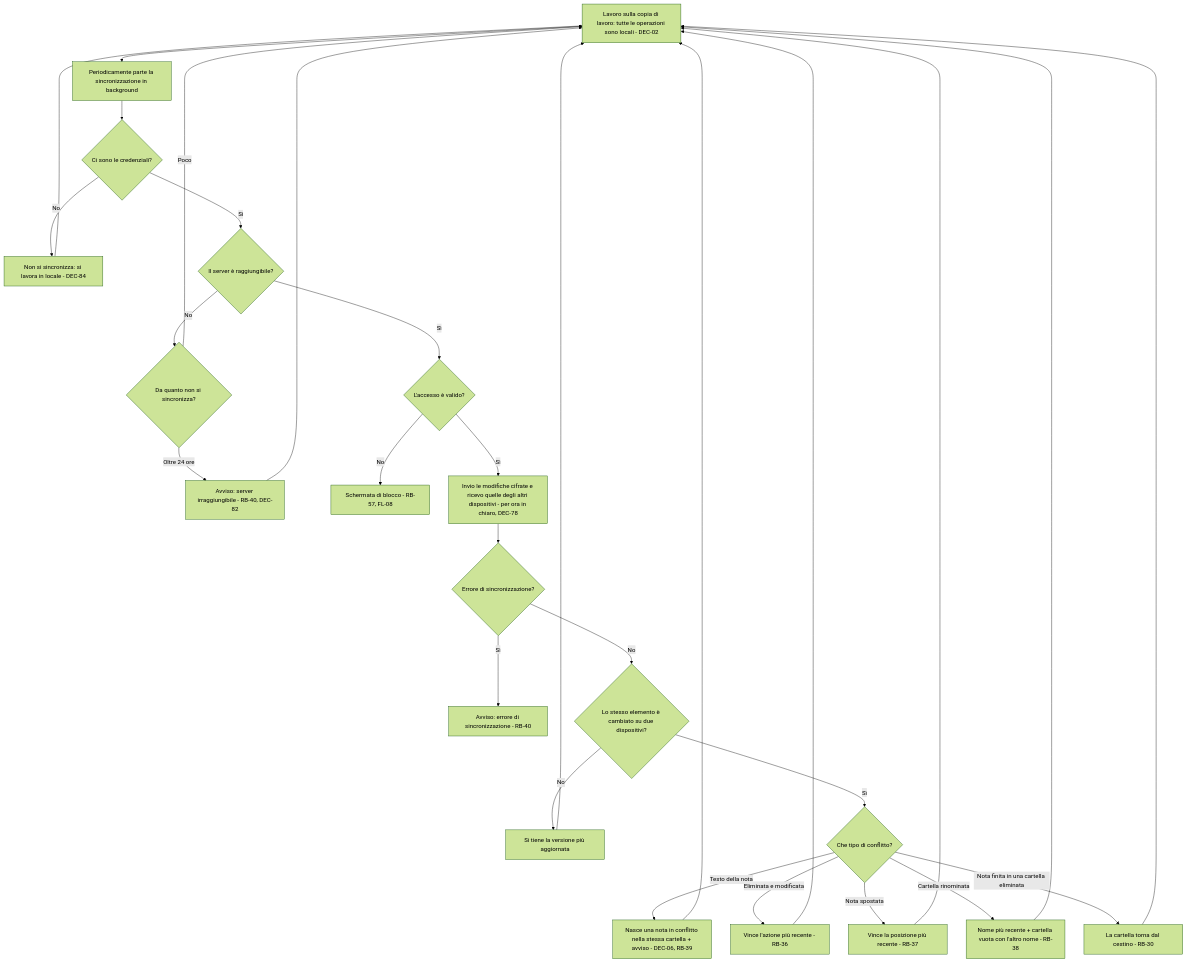
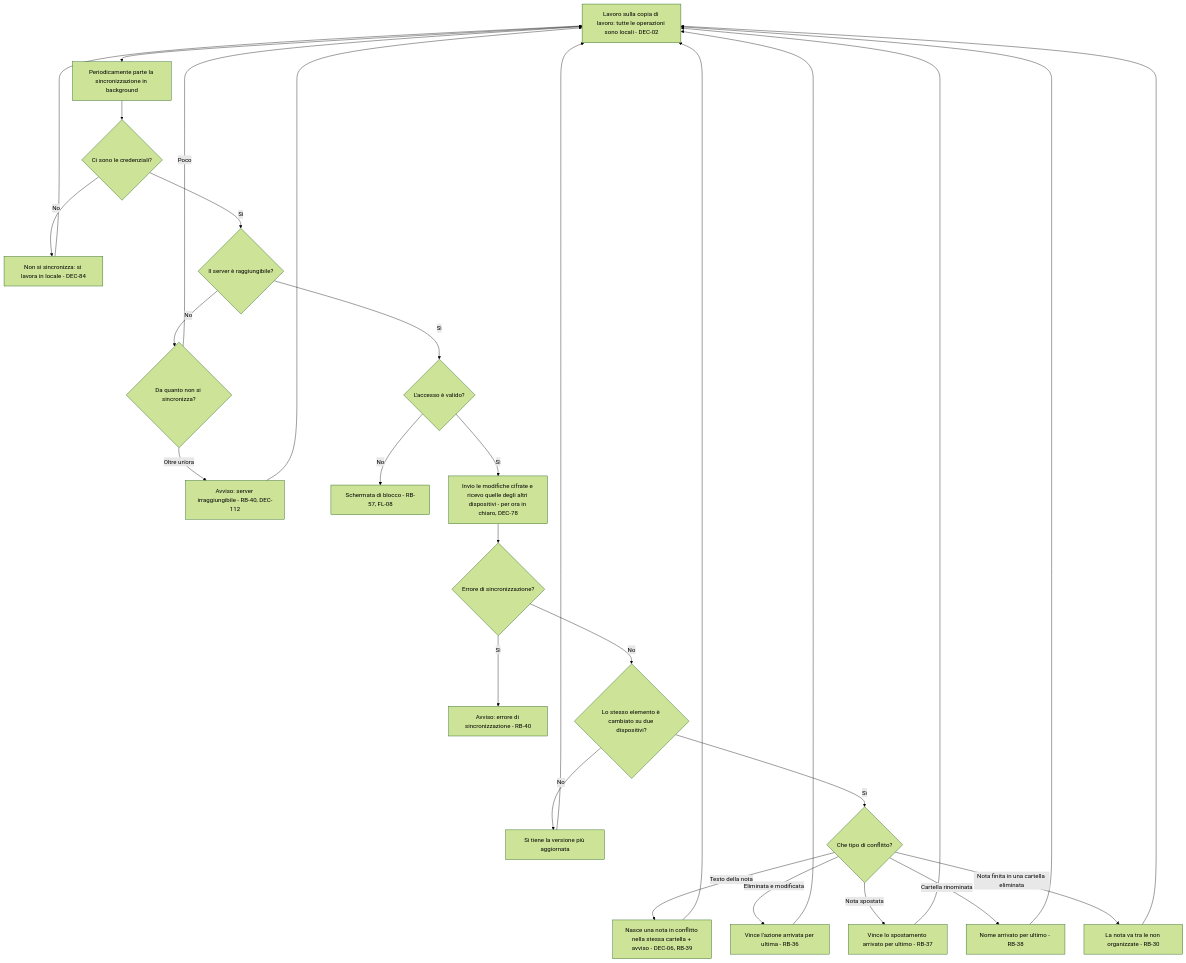
One commit to Helmutsti/MemoDu changed the first of 2 diagrams in docs/moduli/sincronizzazione/2-flussi.md. Above: the diagram before and after it, drawn with Mermaid (forest theme). The commit also changed other lines of this file and 27 other files, not shown here.

````diff
--- a/docs/moduli/sincronizzazione/2-flussi.md
+++ b/docs/moduli/sincronizzazione/2-flussi.md
@@ -8,31 +8,31 @@
 ```mermaid
 flowchart TD
     A[Lavoro sulla copia di lavoro: tutte le operazioni sono locali - DEC-02] --> B[Periodicamente parte la sincronizzazione in background]
     B --> X{Ci sono le credenziali?}
     X -- No --> Y[Non si sincronizza: si lavora in locale - DEC-84]
     Y --> A
     X -- Sì --> C{Il server è raggiungibile?}
     C -- No --> D{Da quanto non si sincronizza?}
     D -- Poco --> A
-    D -- Oltre 24 ore --> W[Avviso: server irraggiungibile - RB-40, DEC-82]
+    D -- Oltre un'ora --> W[Avviso: server irraggiungibile - RB-40, DEC-112]
     W --> A
     C -- Sì --> E{L'accesso è valido?}
     E -- No --> V[Schermata di blocco - RB-57, FL-08]
     E -- Sì --> F[Invio le modifiche cifrate e ricevo quelle degli altri dispositivi - per ora in chiaro, DEC-78]
     F --> G{Errore di sincronizzazione?}
     G -- Sì --> U[Avviso: errore di sincronizzazione - RB-40]
     G -- No --> H{Lo stesso elemento è cambiato su due dispositivi?}
     H -- No --> I[Si tiene la versione più aggiornata]
     H -- Sì --> J{Che tipo di conflitto?}
     J -- Testo della nota --> K[Nasce una nota in conflitto nella stessa cartella + avviso - DEC-06, RB-39]
-    J -- Eliminata e modificata --> L[Vince l'azione più recente - RB-36]
-    J -- Nota spostata --> M[Vince la posizione più recente - RB-37]
-    J -- Cartella rinominata --> N[Nome più recente + cartella vuota con l'altro nome - RB-38]
-    J -- Nota finita in una cartella eliminata --> O[La cartella torna dal cestino - RB-30]
+    J -- Eliminata e modificata --> L[Vince l'azione arrivata per ultima - RB-36]
+    J -- Nota spostata --> M[Vince lo spostamento arrivato per ultimo - RB-37]
+    J -- Cartella rinominata --> N[Nome arrivato per ultimo - RB-38]
+    J -- Nota finita in una cartella eliminata --> O[La nota va tra le non organizzate - RB-30]
     I --> A
     K --> A
     L --> A
     M --> A
     N --> A
     O --> A
 ```
````
